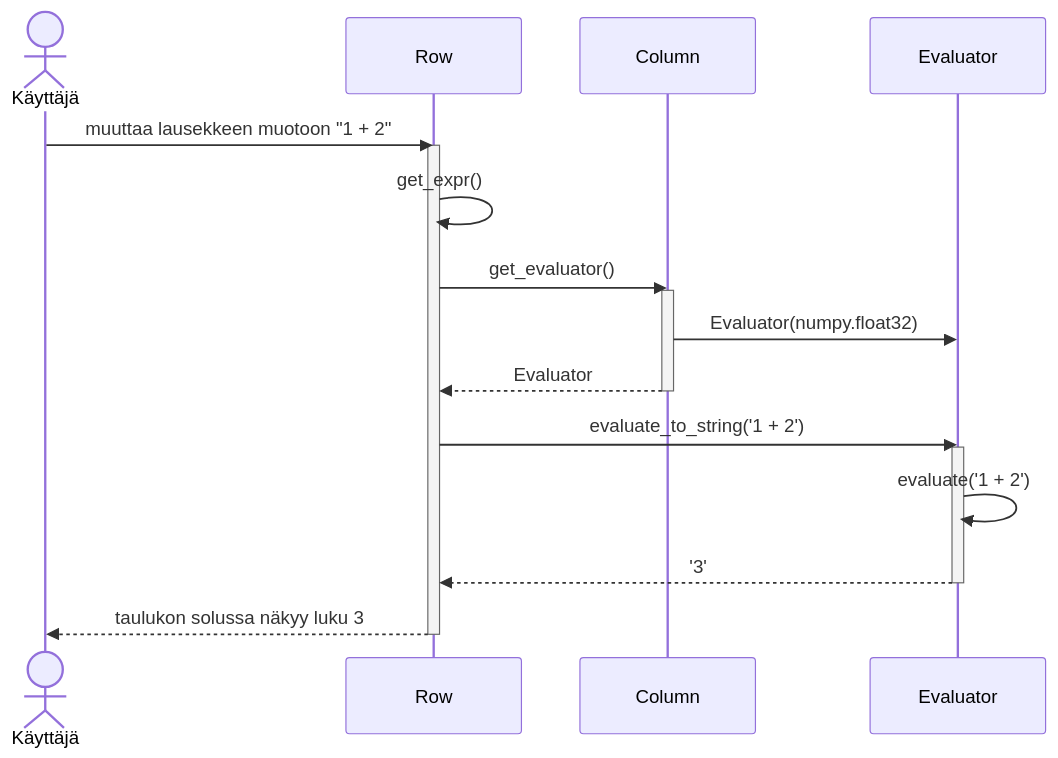
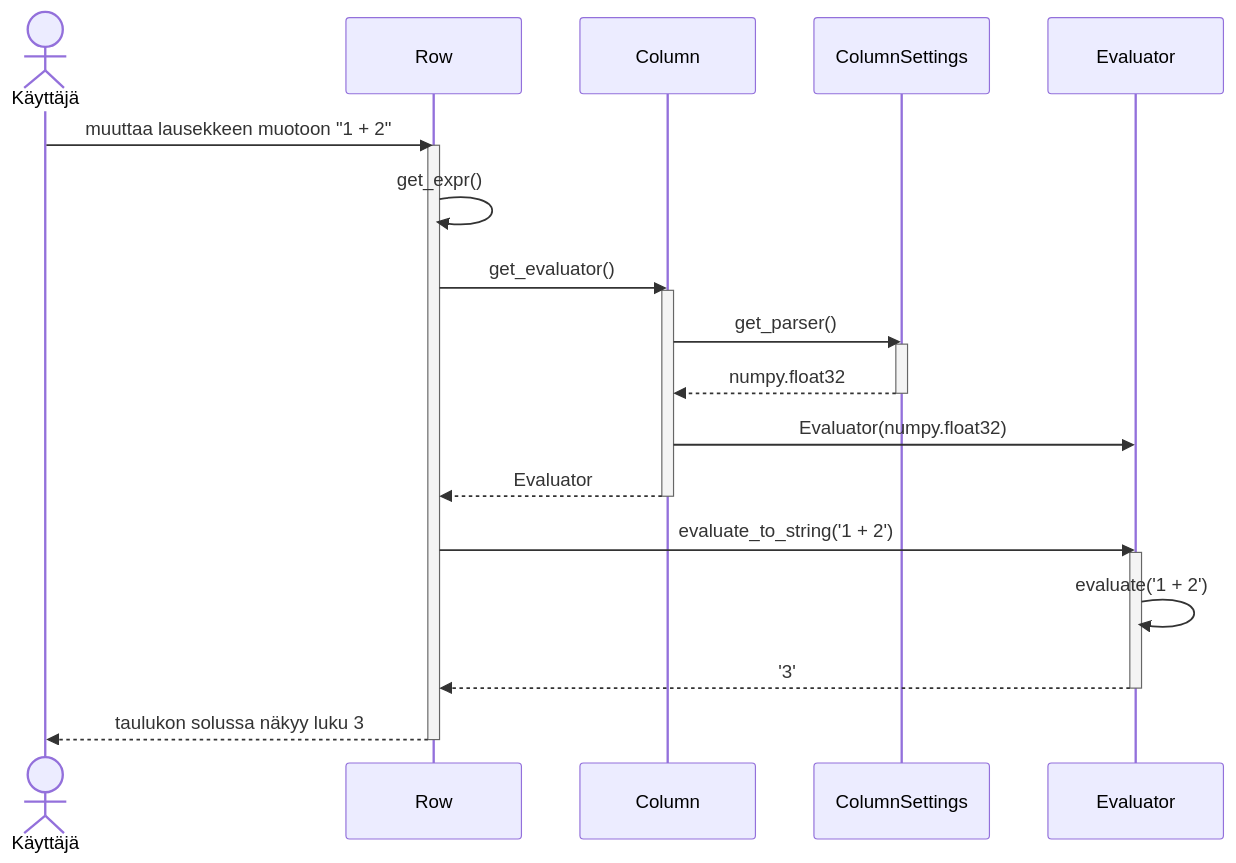
The second of 2 diagrams in dokumentaatio/arkkitehtuuri.md (pants64DS/ot-harjoitustyo), drawn with Mermaid before and after one commit. The commit also changed other lines of this file, not shown here.

````diff
--- a/dokumentaatio/arkkitehtuuri.md
+++ b/dokumentaatio/arkkitehtuuri.md
@@ -24,19 +31,23 @@
 ```mermaid
 sequenceDiagram
     actor Käyttäjä
     Käyttäjä ->> Row: muuttaa lausekkeen muotoon "1 + 2"
     activate Row
     Row ->> Row: get_expr()
     Row ->> Column: get_evaluator()
     activate Column
+    Column ->> ColumnSettings: get_parser()
+    activate ColumnSettings
+    ColumnSettings -->> Column: numpy.float32
+    deactivate ColumnSettings
     Column ->> Evaluator: Evaluator(numpy.float32)
     Column -->> Row: Evaluator
     deactivate Column
     Row ->> Evaluator: evaluate_to_string('1 + 2')
     activate Evaluator
     Evaluator ->> Evaluator: evaluate('1 + 2')
     Evaluator -->> Row: '3'
     deactivate Evaluator
     Row -->> Käyttäjä: taulukon solussa näkyy luku 3
     deactivate Row
 ```
````
